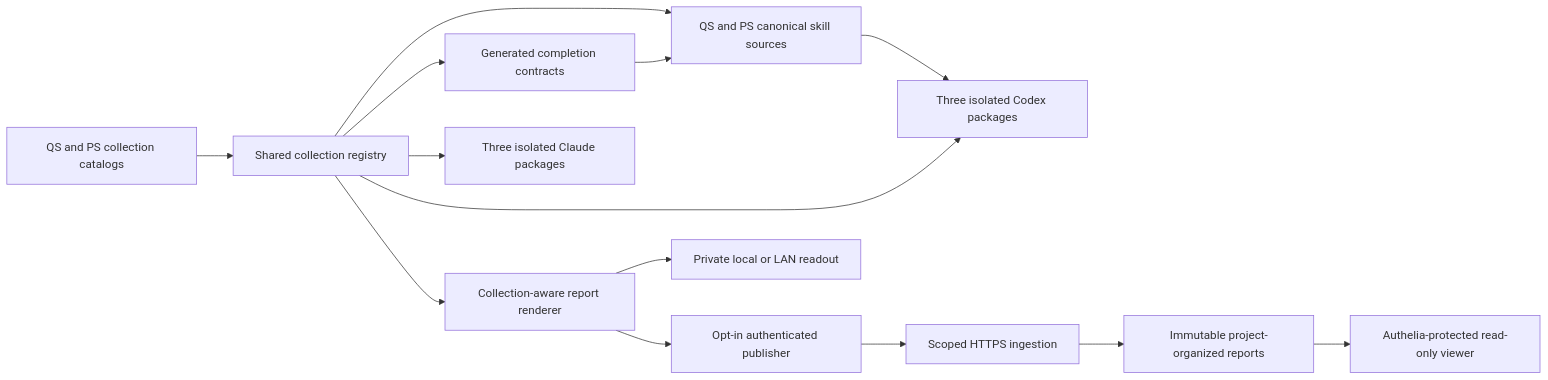
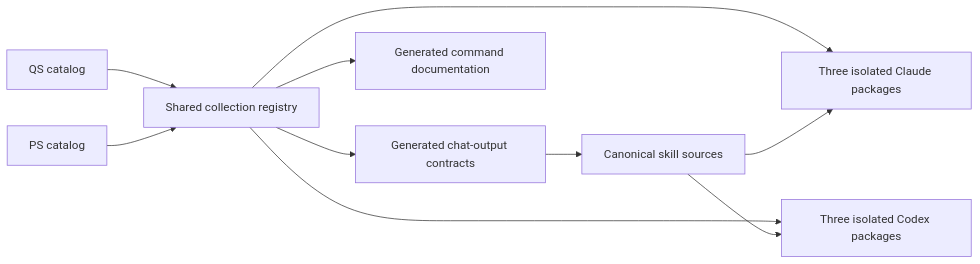
Before and after one commit to quickstark/skills: the diagram in docs/architecture.md, drawn with Mermaid. The commit also changed other lines of this file and 216 other files, not shown here.

````diff
--- a/docs/architecture.md
+++ b/docs/architecture.md
@@ -7,16 +7,12 @@
 ```mermaid
 flowchart LR
-    catalog["QS and PS collection catalogs"] --> registry["Shared collection registry"]
-    registry --> sources["QS and PS canonical skill sources"]
-    registry --> contracts["Generated completion contracts"]
+    qs["QS catalog"] --> registry["Shared collection registry"]
+    ps["PS catalog"] --> registry
+    registry --> contracts["Generated chat-output contracts"]
+    registry --> docs["Generated command documentation"]
     registry --> claude["Three isolated Claude packages"]
     registry --> codex["Three isolated Codex packages"]
-    registry --> renderer["Collection-aware report renderer"]
+    contracts --> sources["Canonical skill sources"]
+    sources --> claude
     sources --> codex
-    contracts --> sources
-    renderer --> local["Private local or LAN readout"]
-    renderer --> publisher["Opt-in authenticated publisher"]
-    publisher --> ingestion["Scoped HTTPS ingestion"]
-    ingestion --> storage["Immutable project-organized reports"]
-    storage --> viewer["Authelia-protected read-only viewer"]
 ```
````
